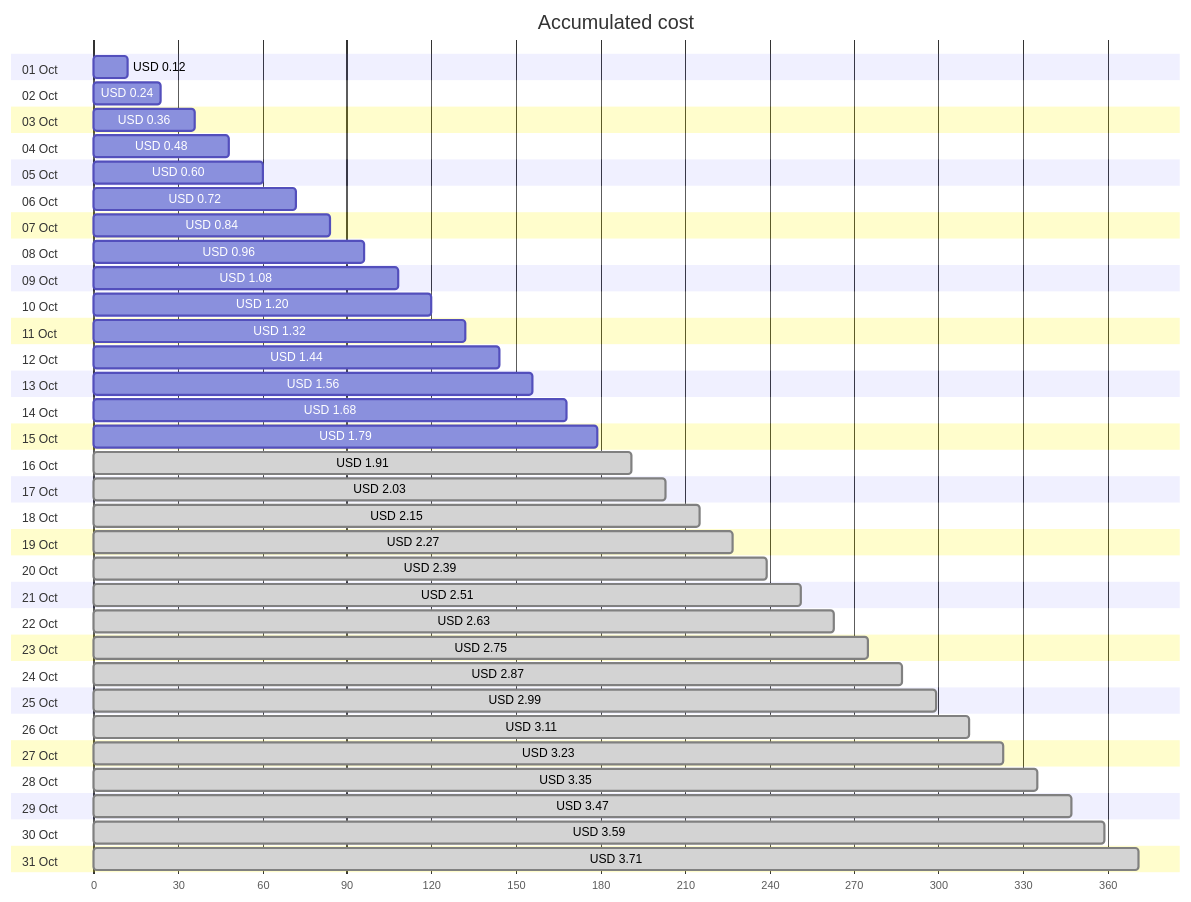
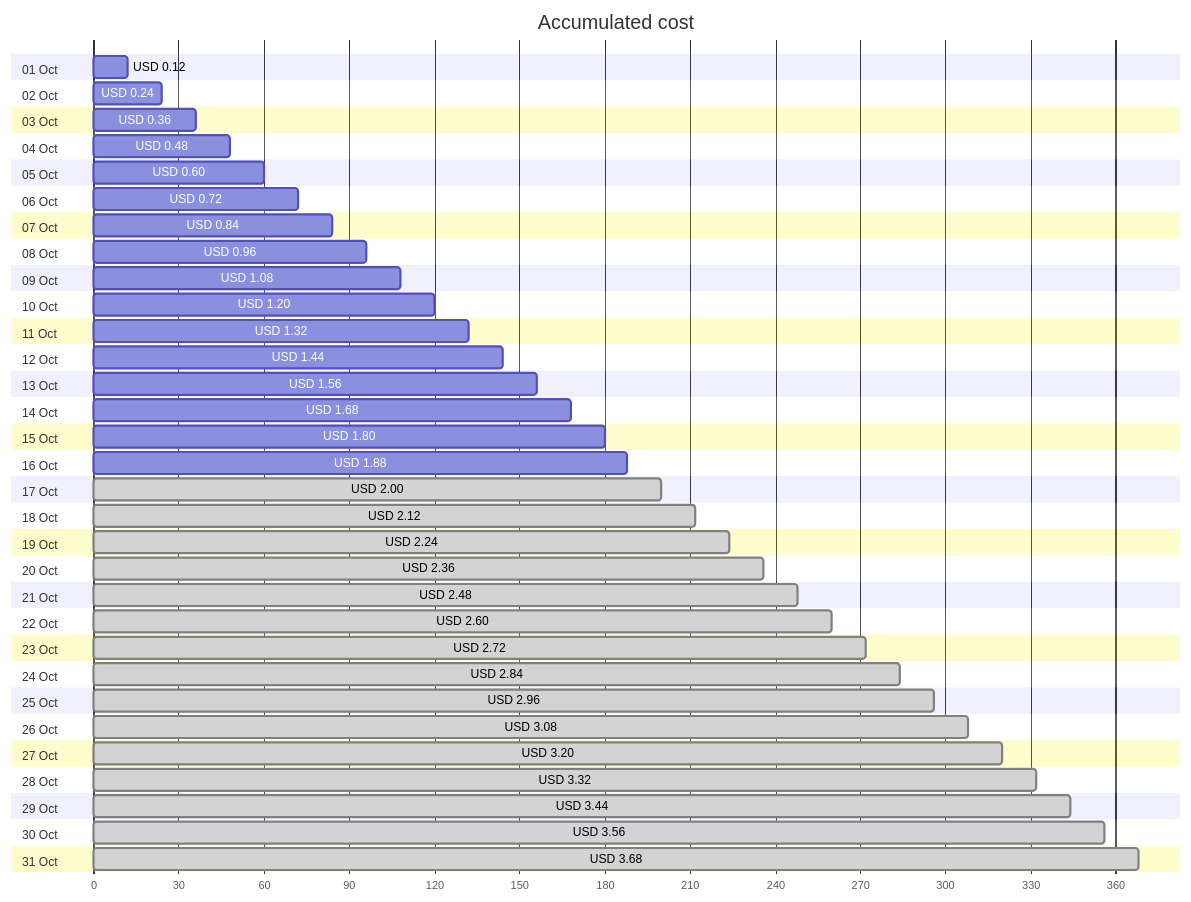
The first of 4 diagrams in cost-reports/personal-network/backup-server-public-ip.md (jpfulton/azure-personal-reports), drawn with Mermaid before and after one commit. The commit also changed other lines of this file and 8 other files, not shown here.

````diff
--- a/cost-reports/personal-network/backup-server-public-ip.md
+++ b/cost-reports/personal-network/backup-server-public-ip.md
@@ -20,68 +20,68 @@
 ```mermaid
 gantt
    title Accumulated cost
    dateFormat  X
    axisFormat %s
    section 01 Oct
    USD 0.12 :0, 12
    section 02 Oct
    USD 0.24 :0, 24
    section 03 Oct
    USD 0.36 :0, 36
    section 04 Oct
    USD 0.48 :0, 48
    section 05 Oct
    USD 0.60 :0, 60
    section 06 Oct
    USD 0.72 :0, 72
    section 07 Oct
    USD 0.84 :0, 84
    section 08 Oct
    USD 0.96 :0, 96
    section 09 Oct
    USD 1.08 :0, 108
    section 10 Oct
    USD 1.20 :0, 120
    section 11 Oct
    USD 1.32 :0, 132
    section 12 Oct
    USD 1.44 :0, 144
    section 13 Oct
    USD 1.56 :0, 156
    section 14 Oct
    USD 1.68 :0, 168
    section 15 Oct
-   USD 1.79 :0, 179
+   USD 1.80 :0, 180
    section 16 Oct
-   USD 1.91 : done, 0, 191
+   USD 1.88 :0, 188
    section 17 Oct
-   USD 2.03 : done, 0, 203
+   USD 2.00 : done, 0, 200
    section 18 Oct
-   USD 2.15 : done, 0, 215
+   USD 2.12 : done, 0, 212
    section 19 Oct
-   USD 2.27 : done, 0, 227
+   USD 2.24 : done, 0, 224
    section 20 Oct
-   USD 2.39 : done, 0, 239
+   USD 2.36 : done, 0, 236
    section 21 Oct
-   USD 2.51 : done, 0, 251
+   USD 2.48 : done, 0, 248
    section 22 Oct
-   USD 2.63 : done, 0, 263
+   USD 2.60 : done, 0, 260
    section 23 Oct
-   USD 2.75 : done, 0, 275
+   USD 2.72 : done, 0, 272
    section 24 Oct
-   USD 2.87 : done, 0, 287
+   USD 2.84 : done, 0, 284
    section 25 Oct
-   USD 2.99 : done, 0, 299
+   USD 2.96 : done, 0, 296
    section 26 Oct
-   USD 3.11 : done, 0, 311
+   USD 3.08 : done, 0, 308
    section 27 Oct
-   USD 3.23 : done, 0, 323
+   USD 3.20 : done, 0, 320
    section 28 Oct
-   USD 3.35 : done, 0, 335
+   USD 3.32 : done, 0, 332
    section 29 Oct
-   USD 3.47 : done, 0, 347
+   USD 3.44 : done, 0, 344
    section 30 Oct
-   USD 3.59 : done, 0, 359
+   USD 3.56 : done, 0, 356
    section 31 Oct
-   USD 3.71 : done, 0, 371
+   USD 3.68 : done, 0, 368
 ```
````
